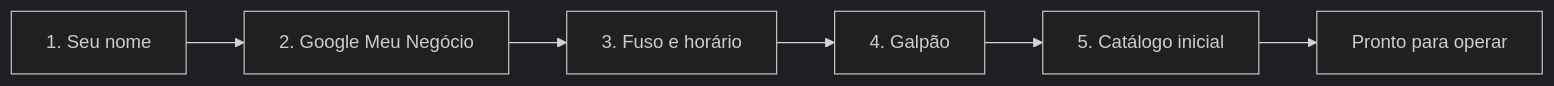
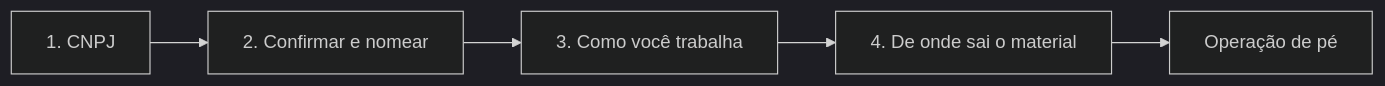
The diagram in primeiros-passos/configurando-sua-empresa.md (LocFlowTeam/locflow-docs), drawn with Mermaid (dark theme) before and after one commit. The commit also changed other lines of this file and 19 other files, not shown here.

````diff
--- a/primeiros-passos/configurando-sua-empresa.md
+++ b/primeiros-passos/configurando-sua-empresa.md
@@ -16,6 +16,7 @@
 ```mermaid
 flowchart LR
-    N[1. Seu nome] --> G[2. Google Meu Negócio] --> I[3. Fuso e horário]
-    I --> GA[4. Galpão] --> C[5. Catálogo inicial]
-    C --> OK[Pronto para operar]
+    C[1. CNPJ] --> N[2. Confirmar e nomear]
+    N --> T[3. Como você trabalha]
+    T --> M[4. De onde sai o material]
+    M --> OK[Operação de pé]
 ```
````
